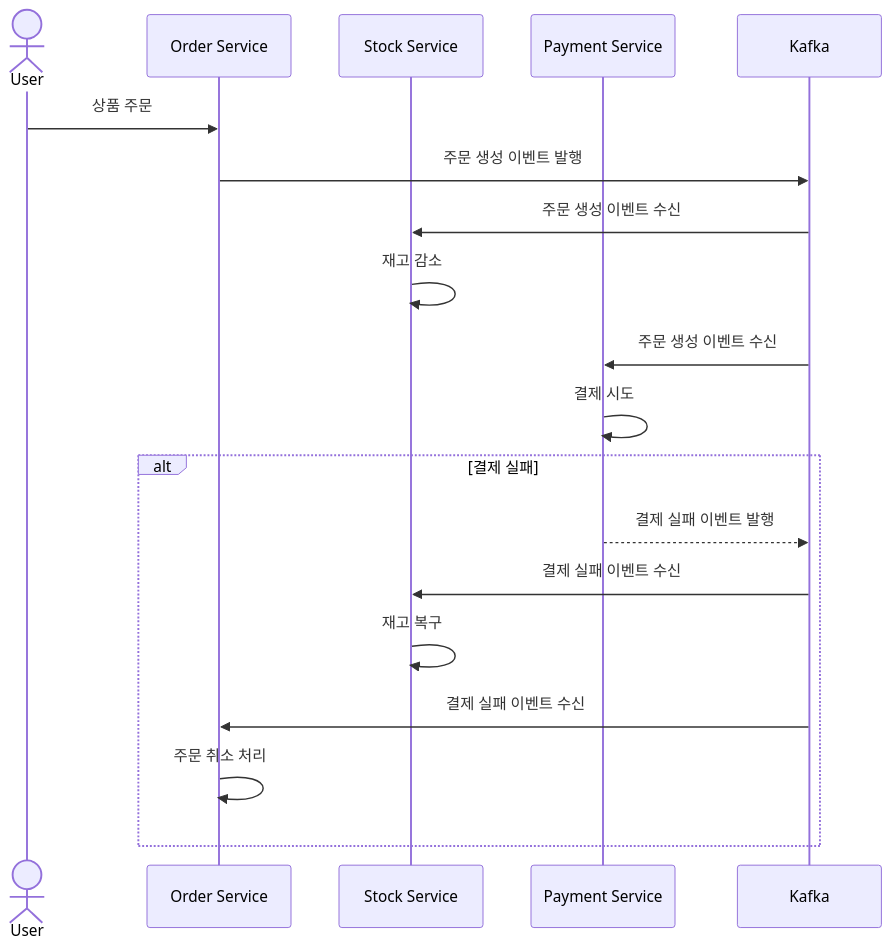
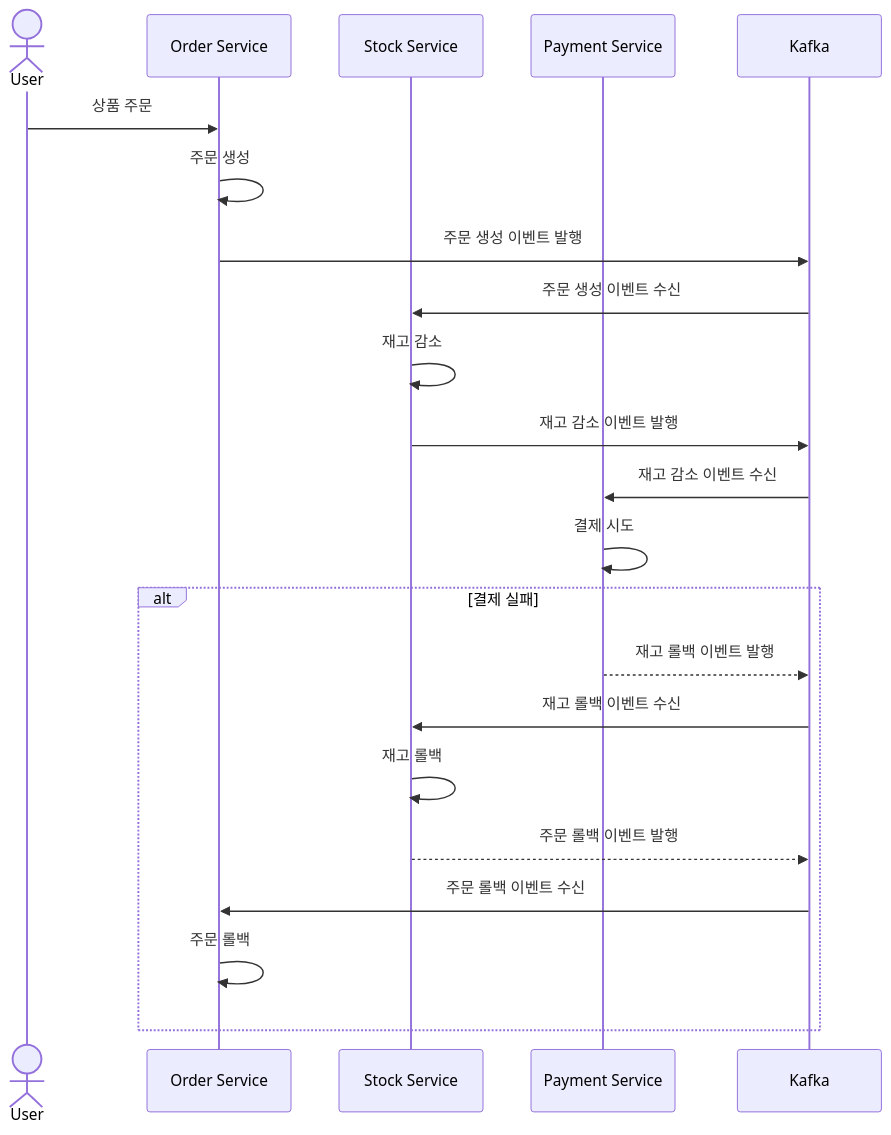
The diagram in README.md (topyheun/saga-pattern), drawn with Mermaid before and after one commit.

Commit message:
docs: README.md 수정

````diff
--- a/README.md
+++ b/README.md
@@ -17,21 +17,24 @@
 ```mermaid
 sequenceDiagram
     actor User as User
     participant OrderService as Order Service
     participant StockService as Stock Service
     participant PaymentService as Payment Service
     participant Kafka as Kafka
     User ->> OrderService: 상품 주문
+    OrderService ->> OrderService: 주문 생성
     OrderService ->> Kafka: 주문 생성 이벤트 발행
     Kafka ->> StockService: 주문 생성 이벤트 수신
     StockService ->> StockService: 재고 감소
-    Kafka ->> PaymentService: 주문 생성 이벤트 수신
+    StockService ->> Kafka: 재고 감소 이벤트 발행
+    Kafka ->> PaymentService: 재고 감소 이벤트 수신
     PaymentService ->> PaymentService: 결제 시도
     alt 결제 실패
-        PaymentService -->> Kafka: 결제 실패 이벤트 발행
-        Kafka ->> StockService: 결제 실패 이벤트 수신
-        StockService ->> StockService: 재고 복구
-        Kafka ->> OrderService: 결제 실패 이벤트 수신
-        OrderService ->> OrderService: 주문 취소 처리
+        PaymentService -->> Kafka: 재고 롤백 이벤트 발행
+        Kafka ->> StockService: 재고 롤백 이벤트 수신
+        StockService ->> StockService: 재고 롤백
+        StockService -->> Kafka: 주문 롤백 이벤트 발행
+        Kafka ->> OrderService: 주문 롤백 이벤트 수신
+        OrderService ->> OrderService: 주문 롤백
     end
 ```
````
